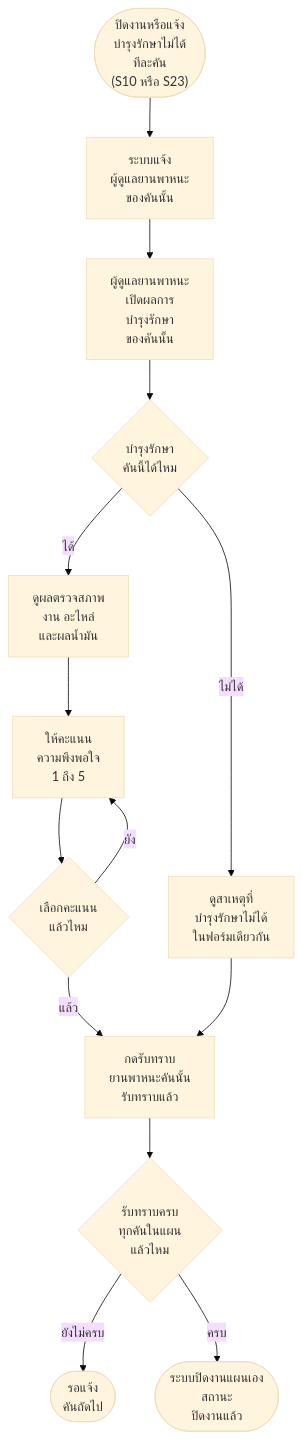
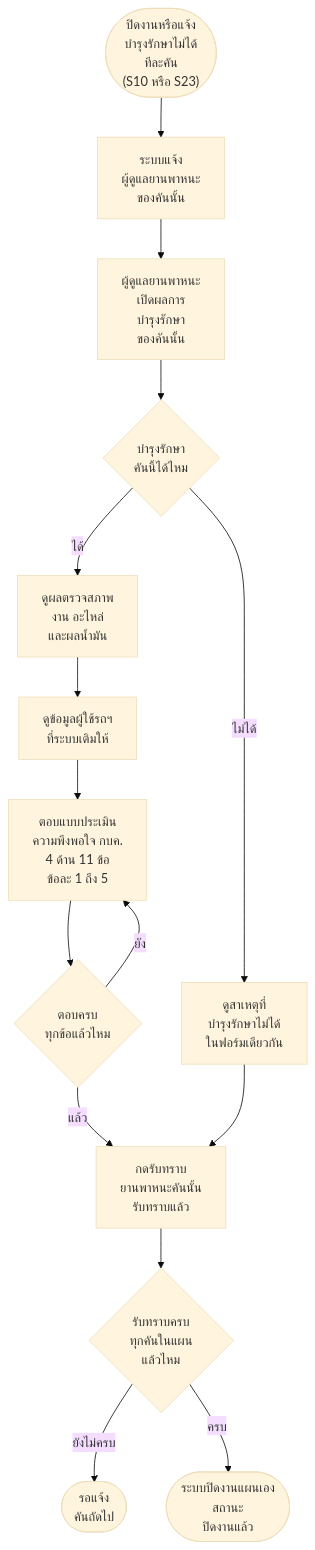
One commit to anugmail/Maintenance-Request-Form changed diagram 15 of 17 in Diagram/01-บำรุงรักษาตามวาระ/27-บำรุงรักษา-flowchart-กิจกรรม.md. Above: the diagram before and after it, drawn with Mermaid (base theme). The commit also changed other lines of this file and 7 other files, not shown here.

````diff
--- a/Diagram/01-บำรุงรักษาตามวาระ/27-บำรุงรักษา-flowchart-กิจกรรม.md
+++ b/Diagram/01-บำรุงรักษาตามวาระ/27-บำรุงรักษา-flowchart-กิจกรรม.md
@@ -334,16 +334,17 @@
 ```mermaid
 flowchart TD
     S(["ปิดงานหรือแจ้ง<br/>บำรุงรักษาไม่ได้<br/>ทีละคัน<br/>(S10 หรือ S23)"]) --> A1["ระบบแจ้ง<br/>ผู้ดูแลยานพาหนะ<br/>ของคันนั้น"]
     A1 --> A2["ผู้ดูแลยานพาหนะ<br/>เปิดผลการ<br/>บำรุงรักษา<br/>ของคันนั้น"]
     A2 --> Q1{"บำรุงรักษา<br/>คันนี้ได้ไหม"}
     Q1 -->|ได้| A3["ดูผลตรวจสภาพ<br/>งาน อะไหล่<br/>และผลน้ำมัน"]
-    A3 --> A4["ให้คะแนน<br/>ความพึงพอใจ<br/>1 ถึง 5"]
-    A4 --> Q2{"เลือกคะแนน<br/>แล้วไหม"}
+    A3 --> A7["ดูข้อมูลผู้ใช้รถฯ<br/>ที่ระบบเติมให้"]
+    A7 --> A4["ตอบแบบประเมิน<br/>ความพึงพอใจ กบค.<br/>4 ด้าน 11 ข้อ<br/>ข้อละ 1 ถึง 5"]
+    A4 --> Q2{"ตอบครบ<br/>ทุกข้อแล้วไหม"}
     Q2 -->|ยัง| A4
     Q2 -->|แล้ว| A6
     Q1 -->|ไม่ได้| A5["ดูสาเหตุที่<br/>บำรุงรักษาไม่ได้<br/>ในฟอร์มเดียวกัน"]
     A5 --> A6["กดรับทราบ<br/>ยานพาหนะคันนั้น<br/>รับทราบแล้ว"]
     A6 --> Q3{"รับทราบครบ<br/>ทุกคันในแผน<br/>แล้วไหม"}
     Q3 -->|ยังไม่ครบ| E1(["รอแจ้ง<br/>คันถัดไป"])
     Q3 -->|ครบ| E2(["ระบบปิดงานแผนเอง<br/>สถานะ<br/>ปิดงานแล้ว"])
 ```
````
